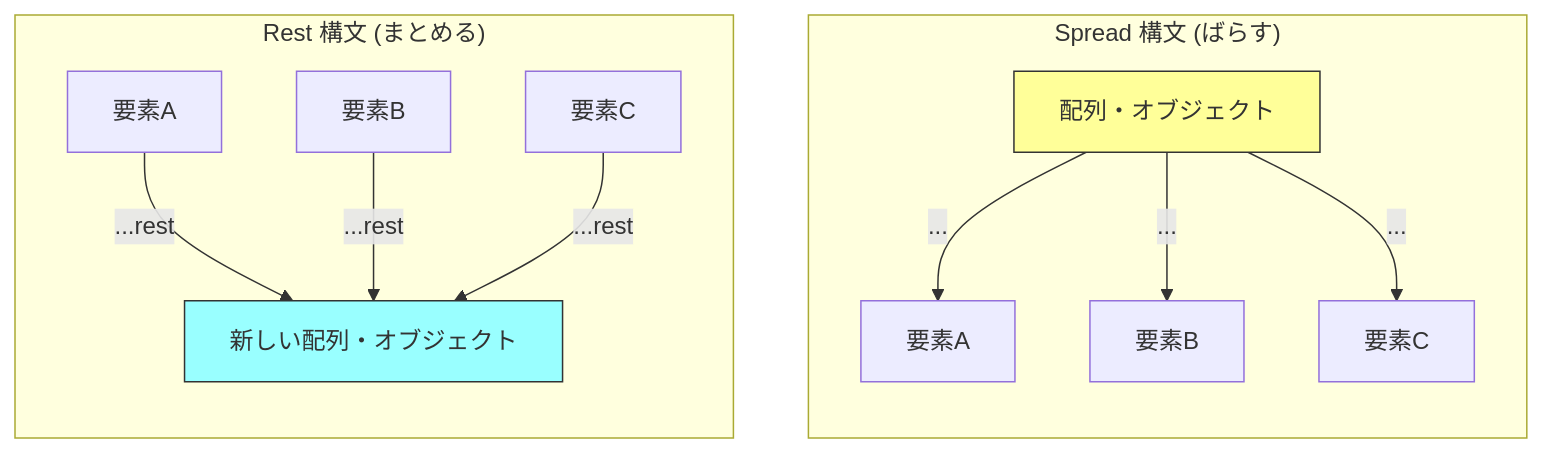
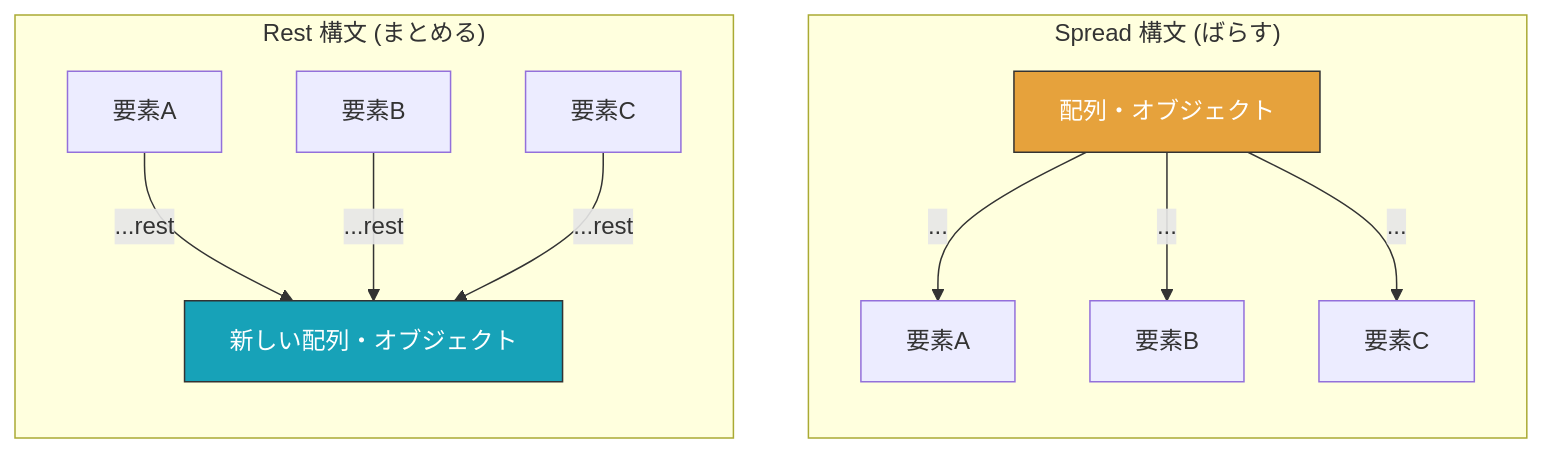
Before and after one commit to komiyamma/site_ichika_destruct-spread-named-rest: the diagram in D04.md, drawn with Mermaid. The commit also changed 4 other files, not shown here.

Commit message:
docs(diagrams): Mermaid 図のスタイルと配色を調整

````diff
--- a/D04.md
+++ b/D04.md
@@ -151,15 +151,15 @@
 ```mermaid
 flowchart TD
     subgraph Spread["Spread 構文 (ばらす)"]
     direction TB
     Box1[配列・オブジェクト] -- ... --> Item1[要素A] & Item2[要素B] & Item3[要素C]
     end
 
     subgraph Rest["Rest 構文 (まとめる)"]
     direction TB
     ItemX[要素A] & ItemY[要素B] & ItemZ[要素C] -- ...rest --> Box2[新しい配列・オブジェクト]
     end
     
-    style Box1 fill:#ff9,stroke:#333
-    style Box2 fill:#9ff,stroke:#333
+    style Box1 fill:#e6a23c,stroke:#333,color:#fff
+    style Box2 fill:#17a2b8,stroke:#333,color:#fff
 ```
````
